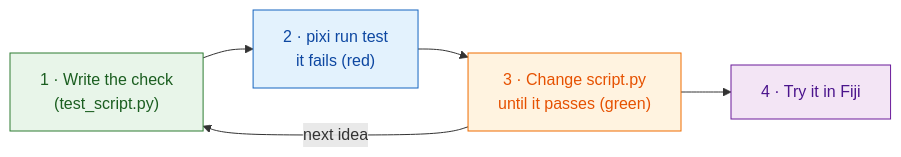
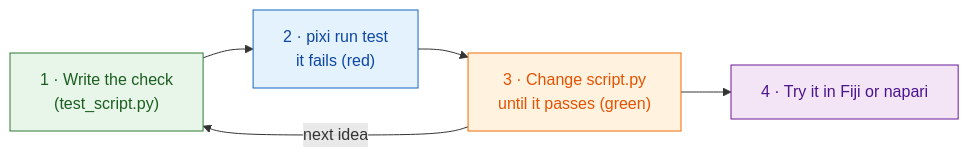
Before and after one commit to Oxford-Zeiss-Centre-of-Excellence/Wavu: the diagram in guide/write/test-without-fiji.md, drawn with Mermaid. The commit also changed other lines of this file and 70 other files, not shown here.

````diff
--- a/guide/write/test-without-fiji.md
+++ b/guide/write/test-without-fiji.md
@@ -18,14 +20,14 @@
 ```mermaid
 flowchart LR
     T["1 · Write the check<br/>(test_script.py)"]:::worker
     R["2 · pixi run test<br/>it fails (red)"]:::fiji
     S["3 · Change script.py<br/>until it passes (green)"]:::script
-    F["4 · Try it in Fiji"]:::env
+    F["4 · Try it in Fiji or napari"]:::env
     T --> R --> S --> F
     S -- "next idea" --> T
 
     classDef fiji   fill:#e3f2fd,stroke:#1565c0,color:#0d47a1
     classDef worker fill:#e8f5e9,stroke:#2e7d32,color:#1b5e20
     classDef script fill:#fff3e0,stroke:#ef6c00,color:#e65100
     classDef env    fill:#f3e5f5,stroke:#6a1b9a,color:#4a148c
 ```
````
